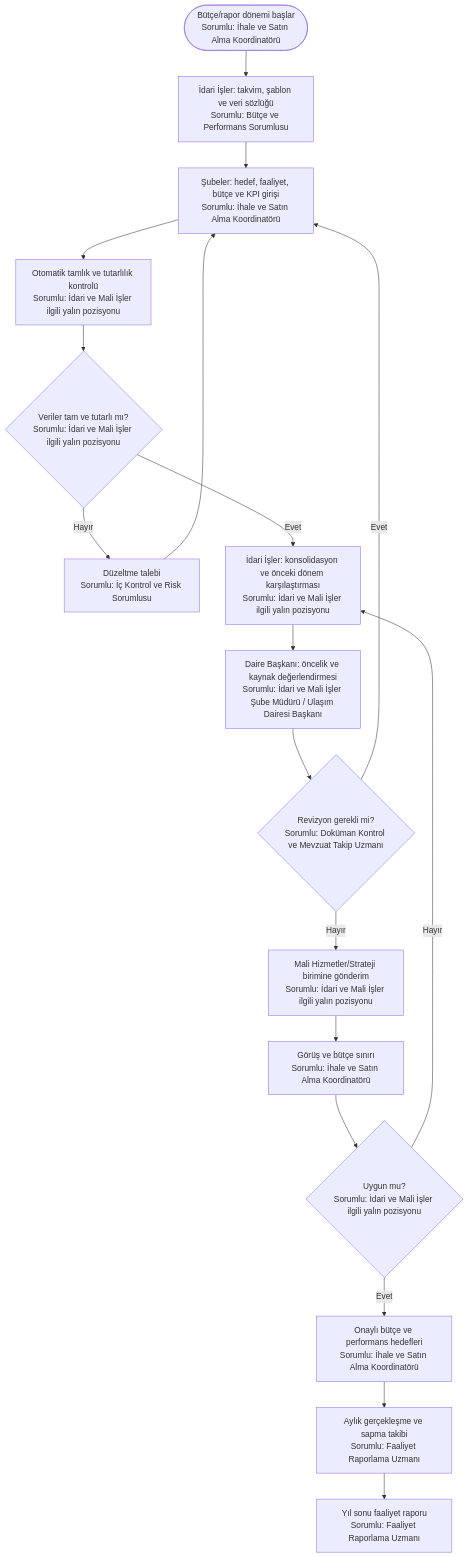
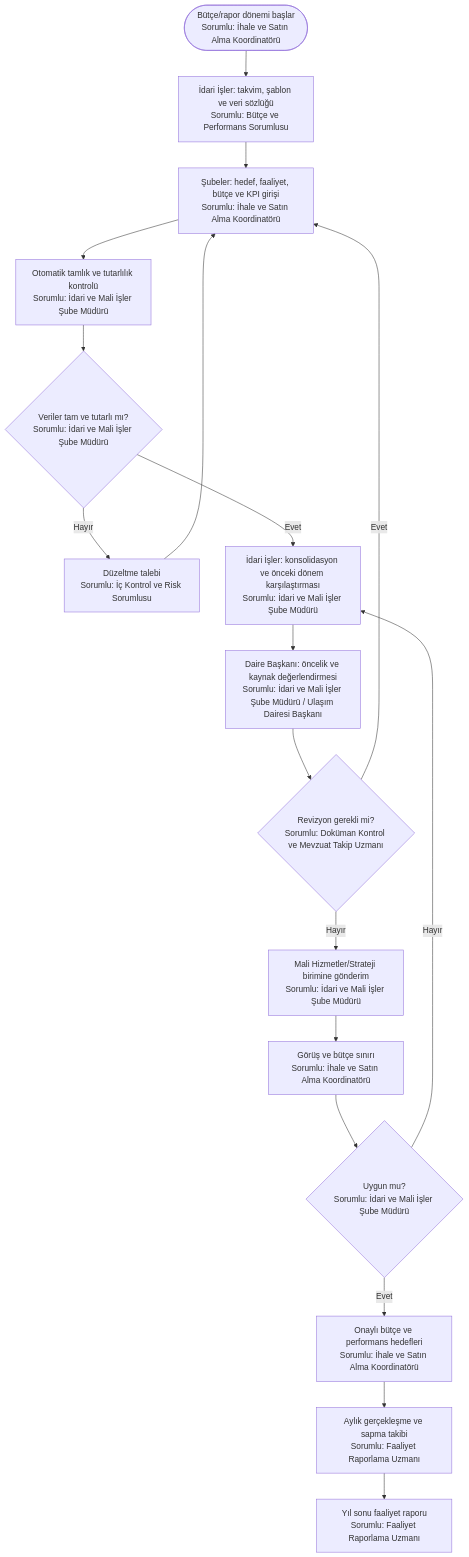
The third of 6 diagrams in 11_yalin_surec_haritalari_sorumlulari_belirtilmis/idari_isler/README.md (merdaergen-create/Ulasim_Dairesi_Is_Analizi), drawn with Mermaid before and after one commit. The commit also changed other lines of this file and 9 other files, not shown here.

Commit message:
Yalın süreç haritalarını koruyarak kesin sorumlu pozisyonları ekle

````diff
--- a/11_yalin_surec_haritalari_sorumlulari_belirtilmis/idari_isler/README.md
+++ b/11_yalin_surec_haritalari_sorumlulari_belirtilmis/idari_isler/README.md
@@ -87,20 +87,20 @@
 ```mermaid
 flowchart TD
     A([Bütçe/rapor dönemi başlar<br/>Sorumlu: İhale ve Satın Alma Koordinatörü]) --> B[İdari İşler: takvim, şablon ve veri sözlüğü<br/>Sorumlu: Bütçe ve Performans Sorumlusu]
     B --> C[Şubeler: hedef, faaliyet, bütçe ve KPI girişi<br/>Sorumlu: İhale ve Satın Alma Koordinatörü]
-    C --> D[Otomatik tamlık ve tutarlılık kontrolü<br/>Sorumlu: İdari ve Mali İşler ilgili yalın pozisyonu]
-    D --> E{Veriler tam ve tutarlı mı?<br/>Sorumlu: İdari ve Mali İşler ilgili yalın pozisyonu}
+    C --> D[Otomatik tamlık ve tutarlılık kontrolü<br/>Sorumlu: İdari ve Mali İşler Şube Müdürü]
+    D --> E{Veriler tam ve tutarlı mı?<br/>Sorumlu: İdari ve Mali İşler Şube Müdürü}
     E -- Hayır --> F[Düzeltme talebi<br/>Sorumlu: İç Kontrol ve Risk Sorumlusu]
     F --> C
-    E -- Evet --> G[İdari İşler: konsolidasyon ve önceki dönem karşılaştırması<br/>Sorumlu: İdari ve Mali İşler ilgili yalın pozisyonu]
+    E -- Evet --> G[İdari İşler: konsolidasyon ve önceki dönem karşılaştırması<br/>Sorumlu: İdari ve Mali İşler Şube Müdürü]
     G --> H[Daire Başkanı: öncelik ve kaynak değerlendirmesi<br/>Sorumlu: İdari ve Mali İşler Şube Müdürü / Ulaşım Dairesi Başkanı]
     H --> I{Revizyon gerekli mi?<br/>Sorumlu: Doküman Kontrol ve Mevzuat Takip Uzmanı}
     I -- Evet --> C
-    I -- Hayır --> J[Mali Hizmetler/Strateji birimine gönderim<br/>Sorumlu: İdari ve Mali İşler ilgili yalın pozisyonu]
+    I -- Hayır --> J[Mali Hizmetler/Strateji birimine gönderim<br/>Sorumlu: İdari ve Mali İşler Şube Müdürü]
     J --> K[Görüş ve bütçe sınırı<br/>Sorumlu: İhale ve Satın Alma Koordinatörü]
-    K --> L{Uygun mu?<br/>Sorumlu: İdari ve Mali İşler ilgili yalın pozisyonu}
+    K --> L{Uygun mu?<br/>Sorumlu: İdari ve Mali İşler Şube Müdürü}
     L -- Hayır --> G
     L -- Evet --> M[Onaylı bütçe ve performans hedefleri<br/>Sorumlu: İhale ve Satın Alma Koordinatörü]
     M --> N[Aylık gerçekleşme ve sapma takibi<br/>Sorumlu: Faaliyet Raporlama Uzmanı]
     N --> O[Yıl sonu faaliyet raporu<br/>Sorumlu: Faaliyet Raporlama Uzmanı]
 ```
````
